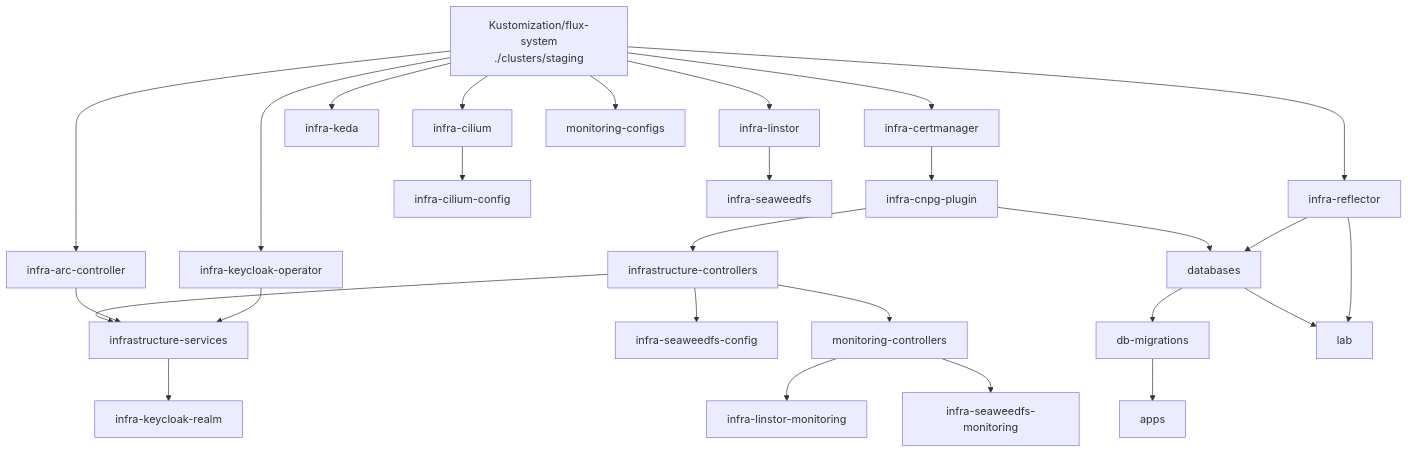
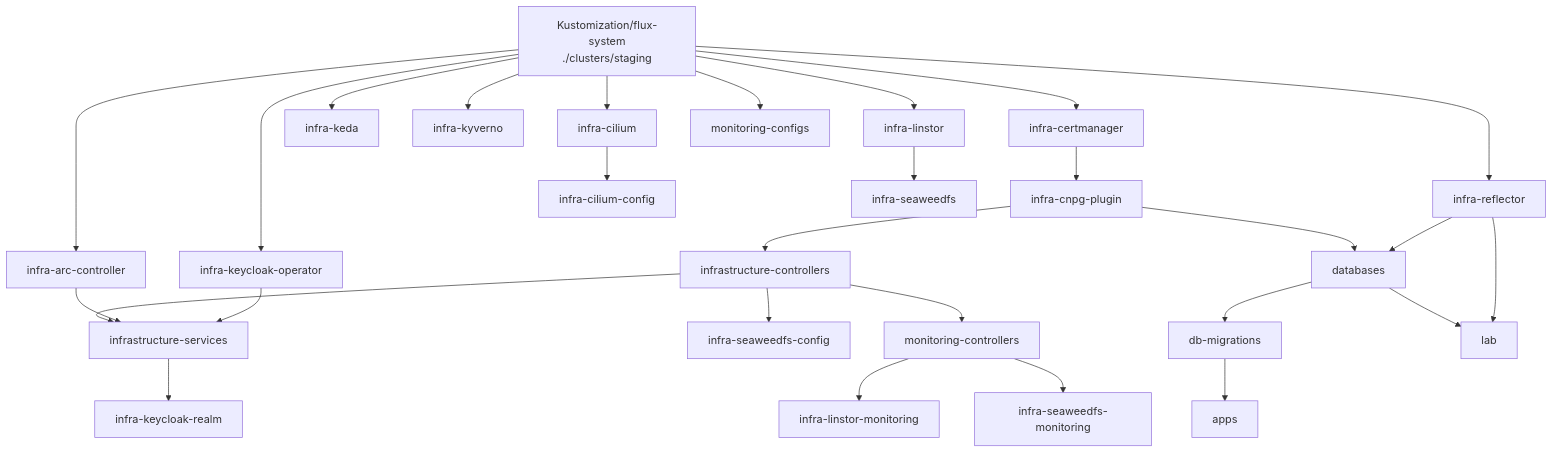
One commit to eliorion/homelab_v1 changed the diagram in clusters/README.md. Above: the diagram before and after it, drawn with Mermaid. The commit also changed other lines of this file and 10 other files, not shown here.

````diff
--- a/clusters/README.md
+++ b/clusters/README.md
@@ -190,34 +192,35 @@
 ```mermaid
 flowchart TD
     root["Kustomization/flux-system\n./clusters/staging"]
 
     root --> cm["infra-certmanager"]
     root --> arc["infra-arc-controller"]
     root --> cil["infra-cilium"]
     root --> refl["infra-reflector"]
     root --> keda["infra-keda"]
+    root --> kyv["infra-kyverno"]
     root --> kco["infra-keycloak-operator"]
     root --> lin["infra-linstor"]
     root --> moncfg["monitoring-configs"]
 
     cm --> plugin["infra-cnpg-plugin"]
     cil --> cilcfg["infra-cilium-config"]
     lin --> sw["infra-seaweedfs"]
     plugin --> ctrl["infrastructure-controllers"]
     ctrl --> svc["infrastructure-services"]
     arc --> svc
     kco --> svc
     svc --> realm["infra-keycloak-realm"]
     ctrl --> swcfg["infra-seaweedfs-config"]
 
     ctrl --> mon["monitoring-controllers"]
     mon --> linmon["infra-linstor-monitoring"]
     mon --> swmon["infra-seaweedfs-monitoring"]
 
     plugin --> db["databases"]
     refl --> db
     db --> mig["db-migrations"]
     mig --> apps["apps"]
     db --> lab["lab"]
     refl --> lab
 ```
````
